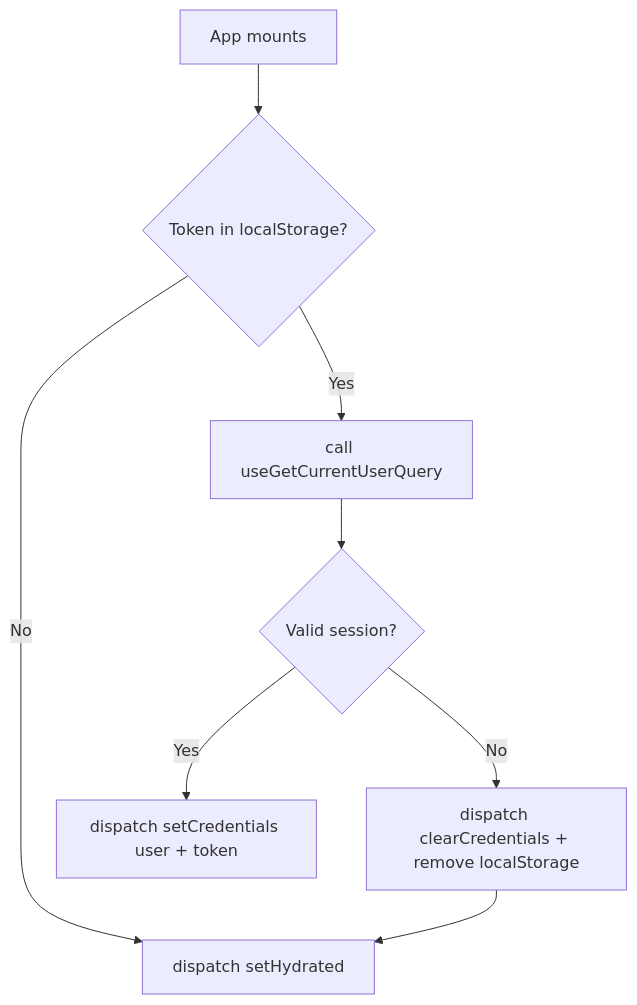
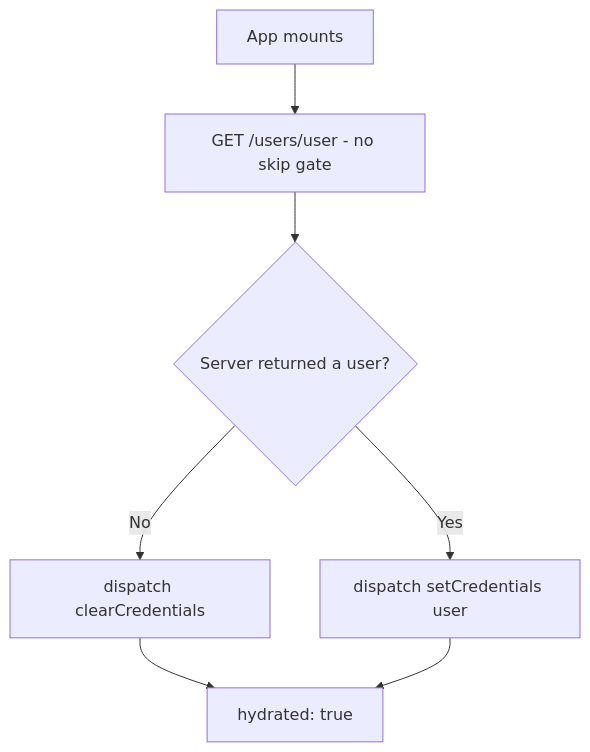
Before and after one commit to cpccu/cpccu-client: the first of 5 diagrams in DOCUMENTATION/ARCHITECTURE.md, drawn with Mermaid. The commit also changed other lines of this file and 52 other files, not shown here.

````diff
--- a/DOCUMENTATION/ARCHITECTURE.md
+++ b/DOCUMENTATION/ARCHITECTURE.md
@@ -148,10 +148,9 @@
 ```mermaid
 flowchart TD
-    A[App mounts] --> B{Token in localStorage?}
-    B -- No --> C[dispatch setHydrated]
-    B -- Yes --> D[call useGetCurrentUserQuery]
-    D --> E{Valid session?}
-    E -- Yes --> F[dispatch setCredentials user + token]
-    E -- No --> G[dispatch clearCredentials + remove localStorage]
-    G --> C
+    A[App mounts] --> D[GET /users/user - no skip gate]
+    D --> E{Server returned a user?}
+    E -- Yes --> F[dispatch setCredentials user]
+    E -- No --> G[dispatch clearCredentials]
+    G --> C[hydrated: true]
+    F --> C
 ```
````
